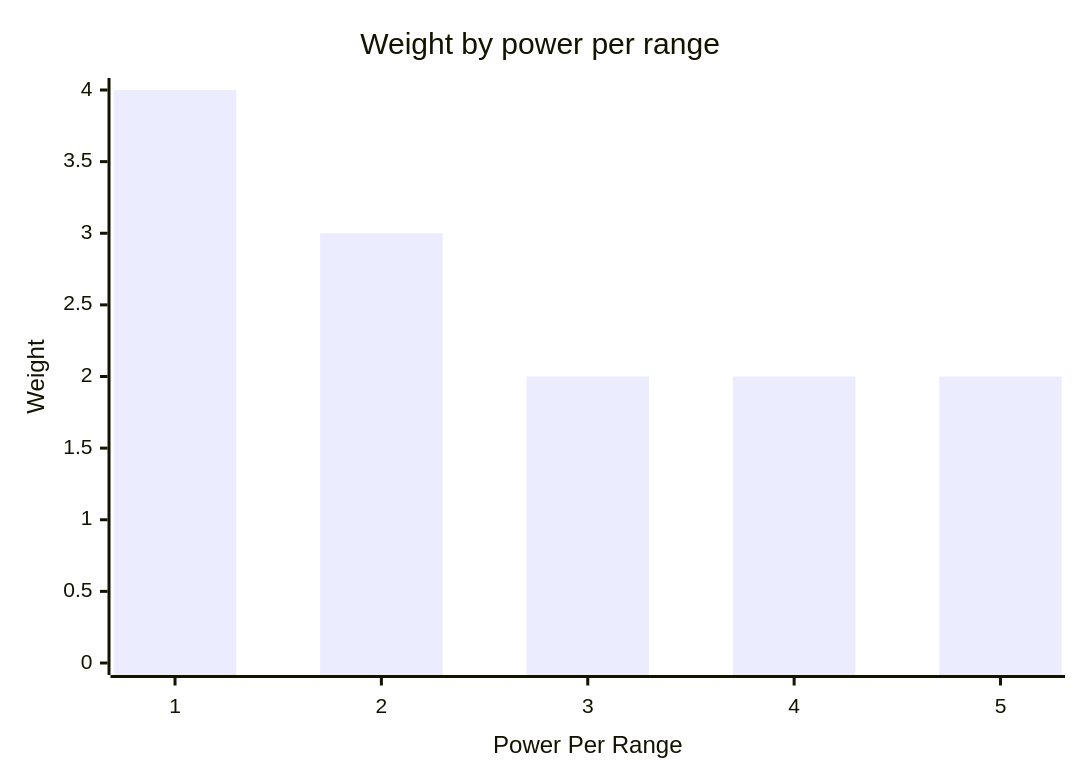
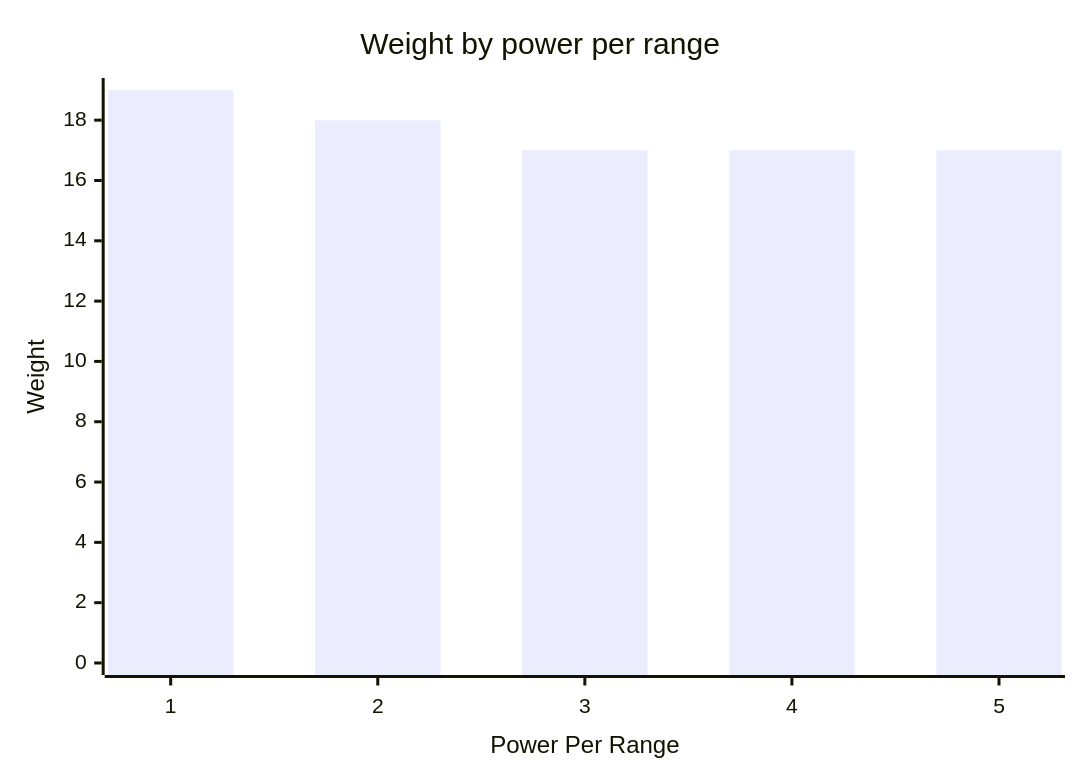
One commit to kilfour/SharpBotz changed diagram 13 of 13 in README.md. Above: the diagram before and after it, drawn with Mermaid. The commit also changed other lines of this file and 4 other files, not shown here.

````diff
--- a/README.md
+++ b/README.md
@@ -328,7 +337,7 @@
 ```mermaid
 xychart-beta
     title "Weight by power per range"
     x-axis "Power Per Range" [1, 2, 3, 4, 5]
-    y-axis "Weight" 0 --> 4
-    bar [4, 3, 2, 2, 2]
+    y-axis "Weight" 0 --> 19
+    bar [19, 18, 17, 17, 17]
 ```
````
